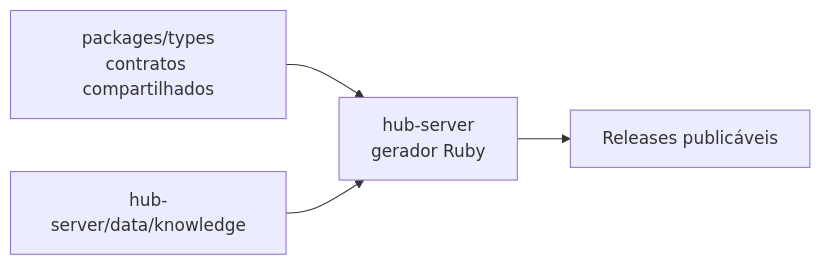
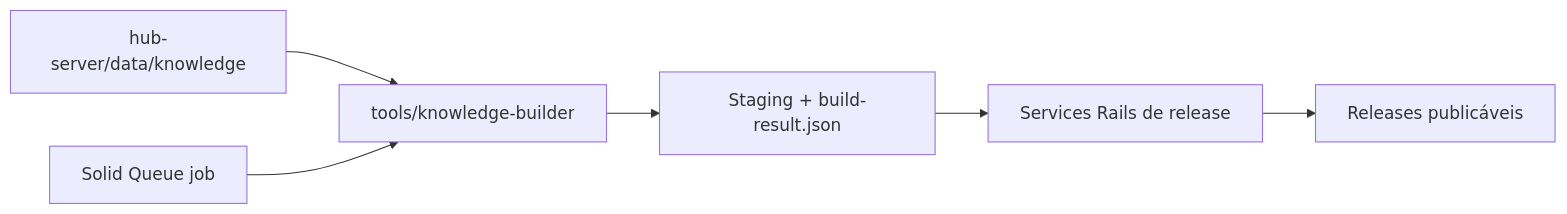
One commit to migmoroni/veterinary-clinic changed the second of 2 diagrams in docs/plans/hub-server/03-public-knowledge-publication.md. Above: the diagram before and after it, drawn with Mermaid. The commit also changed other lines of this file and 7 other files, not shown here.

Commit message:
docs: hub-server plans 4

````diff
--- a/docs/plans/hub-server/03-public-knowledge-publication.md
+++ b/docs/plans/hub-server/03-public-knowledge-publication.md
@@ -144,6 +157,8 @@
 ```mermaid
 flowchart LR
-    CONTRACTS["packages/types<br/>contratos compartilhados"] --> RUBY["hub-server<br/>gerador Ruby"]
-    DATA["hub-server/data/knowledge"] --> RUBY
-    RUBY --> RELEASES["Releases publicáveis"]
+    DATA["hub-server/data/knowledge"] --> BUILDER["tools/knowledge-builder"]
+    JOB["Solid Queue job"] --> BUILDER
+    BUILDER --> RESULT["Staging + build-result.json"]
+    RESULT --> SERVICES["Services Rails de release"]
+    SERVICES --> RELEASES["Releases publicáveis"]
 ```
````
